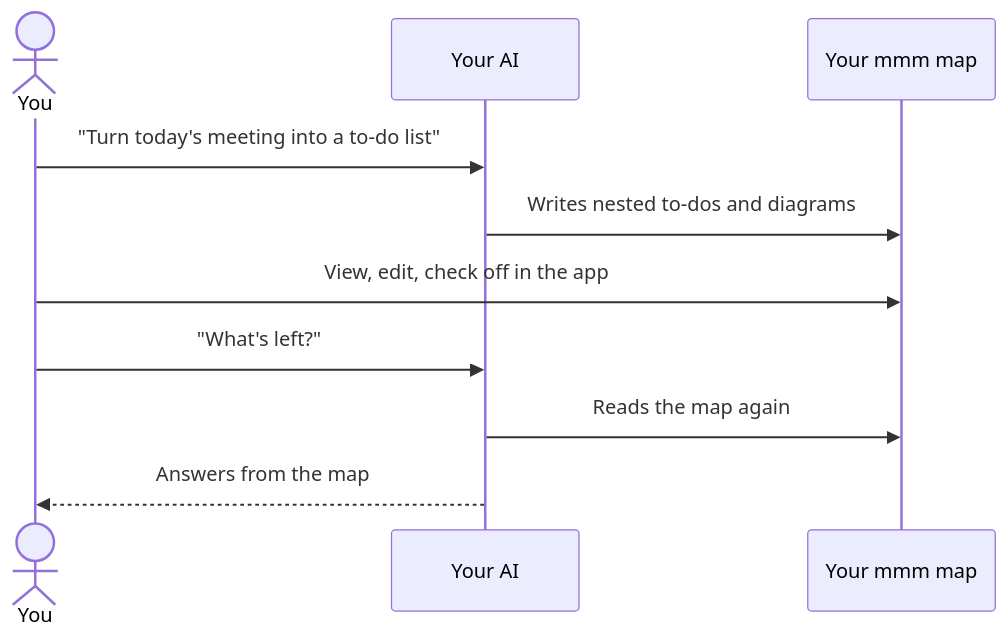
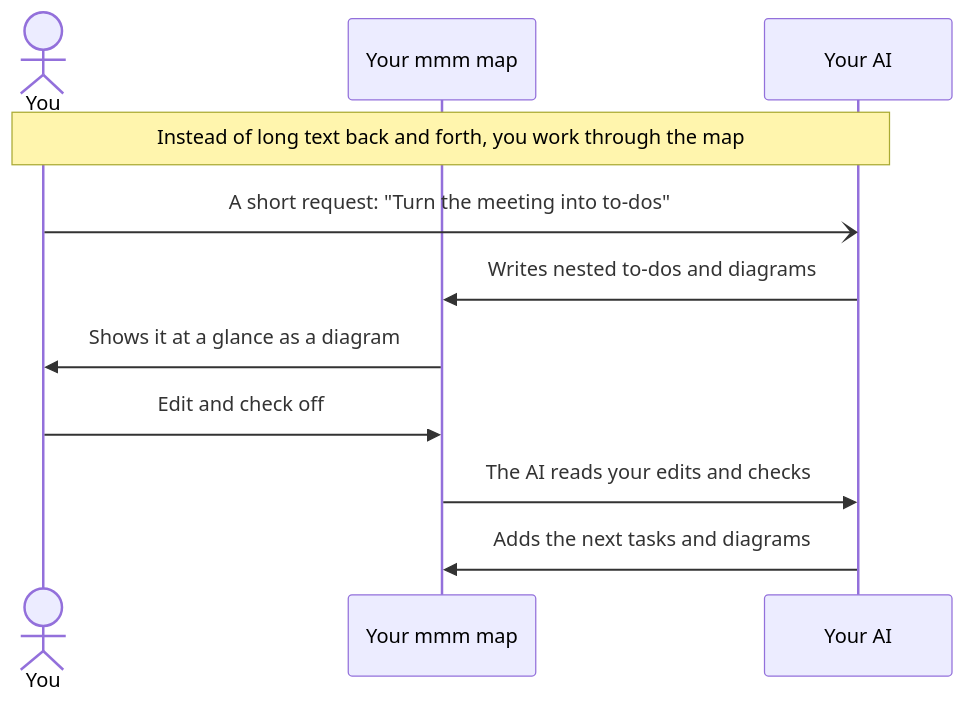
Before and after one commit to nhorie-canal/mmm_mcp: the diagram in README.md, drawn with Mermaid. The commit also changed 1 other file, not shown here.

Commit message:
README のしくみの図: あなた → mmm のマップ → AI の順にし、文字の往復の代わりにマップを介してやりとりする流れにする

````diff
--- a/README.md
+++ b/README.md
@@ -16,12 +16,13 @@
 ```mermaid
 sequenceDiagram
   actor You
+  participant M as Your mmm map
   participant AI as Your AI
-  participant M as Your mmm map
-  You->>AI: "Turn today's meeting into a to-do list"
+  Note over You,AI: Instead of long text back and forth, you work through the map
+  You-)AI: A short request: "Turn the meeting into to-dos"
   AI->>M: Writes nested to-dos and diagrams
-  You->>M: View, edit, check off in the app
-  You->>AI: "What's left?"
-  AI->>M: Reads the map again
-  AI-->>You: Answers from the map
+  M->>You: Shows it at a glance as a diagram
+  You->>M: Edit and check off
+  M->>AI: The AI reads your edits and checks
+  AI->>M: Adds the next tasks and diagrams
 ```
````
